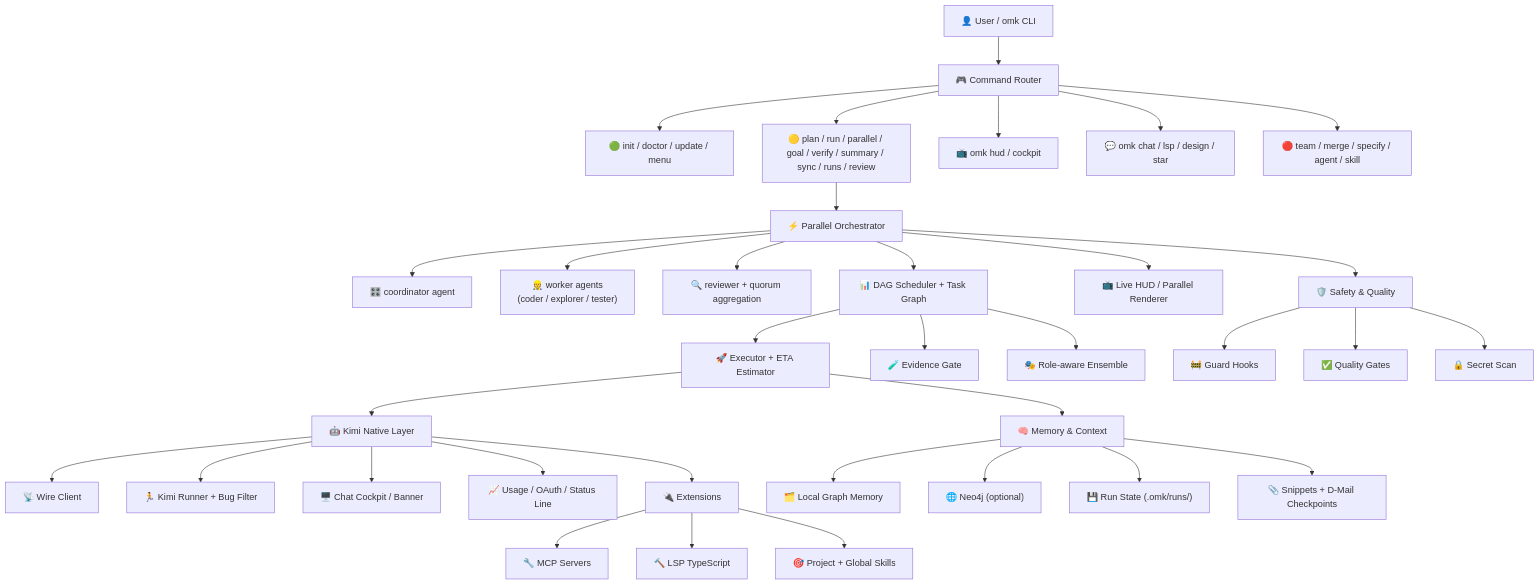
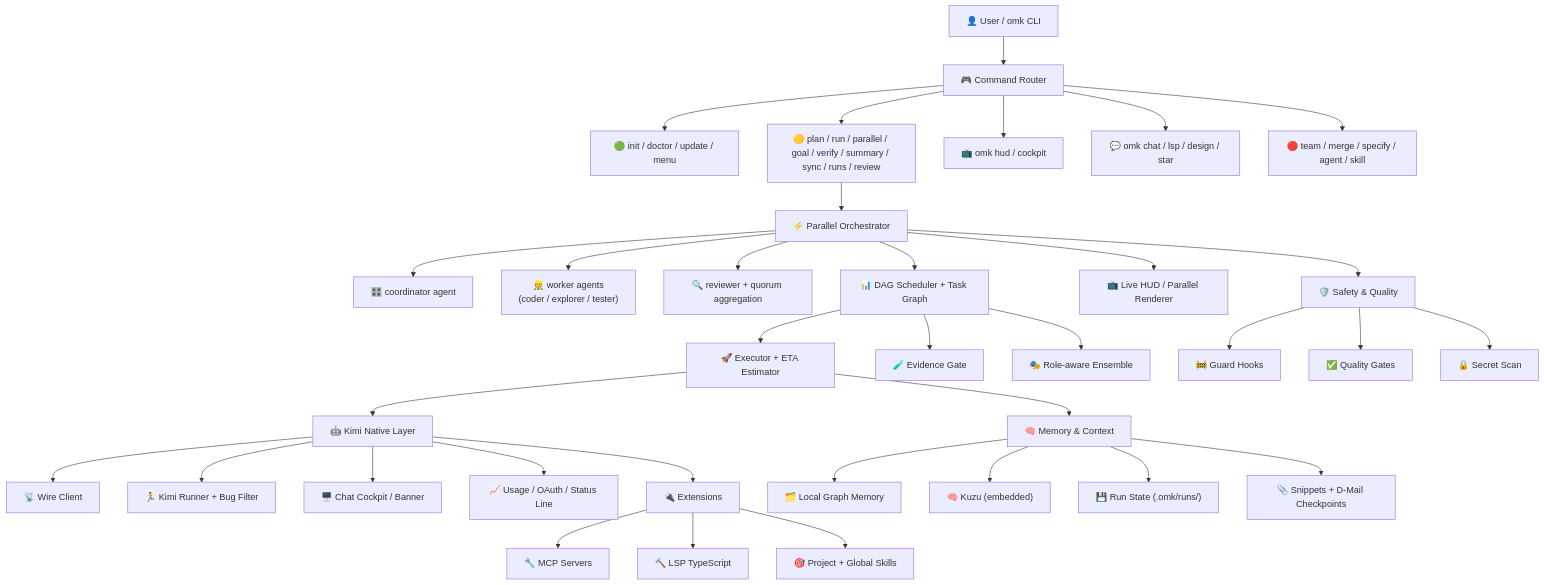
Before and after one commit to dmae97/oh-my-kimichan: the third of 4 diagrams in README.md, drawn with Mermaid. The commit also changed other lines of this file and 49 other files, not shown here.

````diff
--- a/README.md
+++ b/README.md
@@ -914,44 +918,44 @@
 ```mermaid
 graph TD
     User["👤 User / omk CLI"] --> Router["🎮 Command Router"]
 
     Router --> Stable["🟢 init / doctor / update / menu"]
     Router --> Alpha["🟡 plan / run / parallel / goal / verify / summary / sync / runs / review"]
     Router --> Hud["📺 omk hud / cockpit"]
     Router --> Chat["💬 omk chat / lsp / design / star"]
     Router --> Experimental["🔴 team / merge / specify / agent / skill"]
 
     Alpha --> Orchestrator["⚡ Parallel Orchestrator"]
     Orchestrator --> Coordinator["🎛️ coordinator agent"]
     Orchestrator --> Workers["👷 worker agents\n(coder / explorer / tester)"]
     Orchestrator --> Reviewer["🔍 reviewer + quorum aggregation"]
 
     Orchestrator --> DAG["📊 DAG Scheduler + Task Graph"]
     DAG --> Executor["🚀 Executor + ETA Estimator"]
     DAG --> Evidence["🧪 Evidence Gate"]
     DAG --> Ensemble["🎭 Role-aware Ensemble"]
 
     Executor --> KimiLayer["🤖 Kimi Native Layer"]
     KimiLayer --> Wire["📡 Wire Client"]
     KimiLayer --> Runner["🏃 Kimi Runner + Bug Filter"]
     KimiLayer --> Cockpit["🖥️ Chat Cockpit / Banner"]
     KimiLayer --> StatusLine["📈 Usage / OAuth / Status Line"]
 
     Executor --> Memory["🧠 Memory & Context"]
     Memory --> LocalGraph["🗂️ Local Graph Memory"]
-    Memory --> Neo4j["🌐 Neo4j (optional)"]
+    Memory --> Kuzu["🧠 Kuzu (embedded)"]
     Memory --> State["💾 Run State (.omk/runs/)"]
     Memory --> Snippets["📎 Snippets + D-Mail Checkpoints"]
 
     Orchestrator --> LiveUI["📺 Live HUD / Parallel Renderer"]
 
     KimiLayer --> Extensions["🔌 Extensions"]
     Extensions --> MCP["🔧 MCP Servers"]
     Extensions --> LSP["🔨 LSP TypeScript"]
     Extensions --> Skills["🎯 Project + Global Skills"]
 
     Orchestrator --> Safety["🛡️ Safety & Quality"]
     Safety --> Guard["🚧 Guard Hooks"]
     Safety --> QG["✅ Quality Gates"]
     Safety --> Secret["🔒 Secret Scan"]
 ```
````
